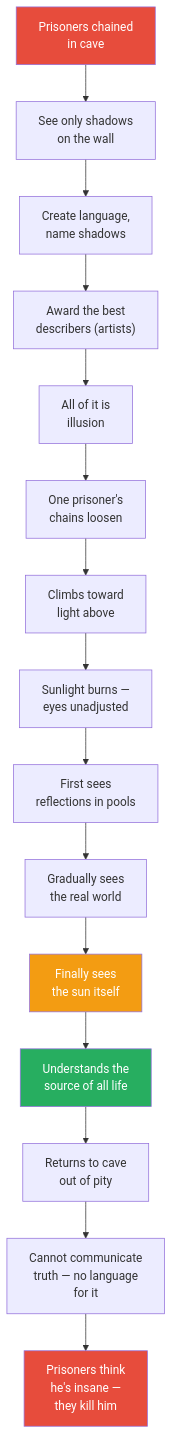
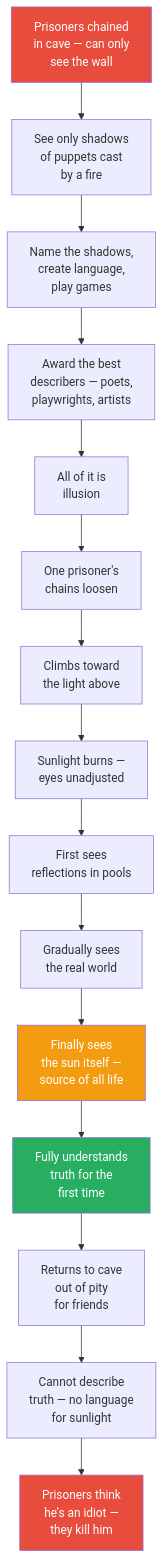
The fifth of 9 diagrams in summaries/Lectures/Civilization/10 - The Trial of Socrates and Plato's Allegory of the Cave.md (alius33/reader), drawn with Mermaid before and after one commit. The commit also changed other lines of this file and 26 other files, not shown here.

````diff
--- a/summaries/Lectures/Civilization/10 - The Trial of Socrates and Plato's Allegory of the Cave.md
+++ b/summaries/Lectures/Civilization/10 - The Trial of Socrates and Plato's Allegory of the Cave.md
@@ -288,21 +267,21 @@
 ```mermaid
 flowchart TB
-    P["Prisoners chained<br/>in cave"] --> W["See only shadows<br/>on the wall"]
-    W --> L["Create language,<br/>name shadows"]
-    L --> A["Award the best<br/>describers (artists)"]
+    P["Prisoners chained<br/>in cave — can only<br/>see the wall"] --> W["See only shadows<br/>of puppets cast<br/>by a fire"]
+    W --> L["Name the shadows,<br/>create language,<br/>play games"]
+    L --> A["Award the best<br/>describers — poets,<br/>playwrights, artists"]
     A --> LIE["All of it is<br/>illusion"]
     LIE --> FREE["One prisoner's<br/>chains loosen"]
-    FREE --> CLIMB["Climbs toward<br/>light above"]
+    FREE --> CLIMB["Climbs toward<br/>the light above"]
     CLIMB --> PAIN["Sunlight burns —<br/>eyes unadjusted"]
     PAIN --> POOL["First sees<br/>reflections in pools"]
     POOL --> WORLD["Gradually sees<br/>the real world"]
-    WORLD --> SUN["Finally sees<br/>the sun itself"]
-    SUN --> TRUTH["Understands the<br/>source of all life"]
-    TRUTH --> RETURN["Returns to cave<br/>out of pity"]
-    RETURN --> FAIL["Cannot communicate<br/>truth — no language<br/>for it"]
-    FAIL --> KILL["Prisoners think<br/>he's insane —<br/>they kill him"]
+    WORLD --> SUN["Finally sees<br/>the sun itself —<br/>source of all life"]
+    SUN --> TRUTH["Fully understands<br/>truth for the<br/>first time"]
+    TRUTH --> RETURN["Returns to cave<br/>out of pity<br/>for friends"]
+    RETURN --> FAIL["Cannot describe<br/>truth — no language<br/>for sunlight"]
+    FAIL --> KILL["Prisoners think<br/>he's an idiot —<br/>they kill him"]
     style P fill:#e74c3c,color:#fff
     style SUN fill:#f39c12,color:#fff
     style TRUTH fill:#27ae60,color:#fff
     style KILL fill:#e74c3c,color:#fff
 ```
````
